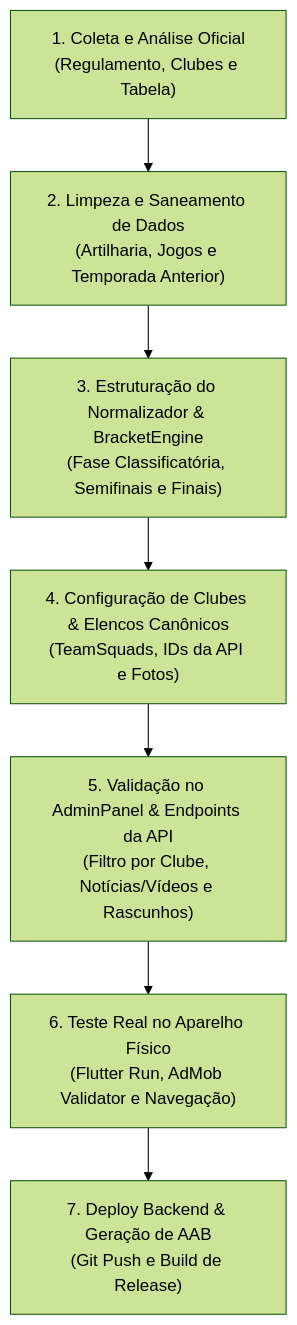
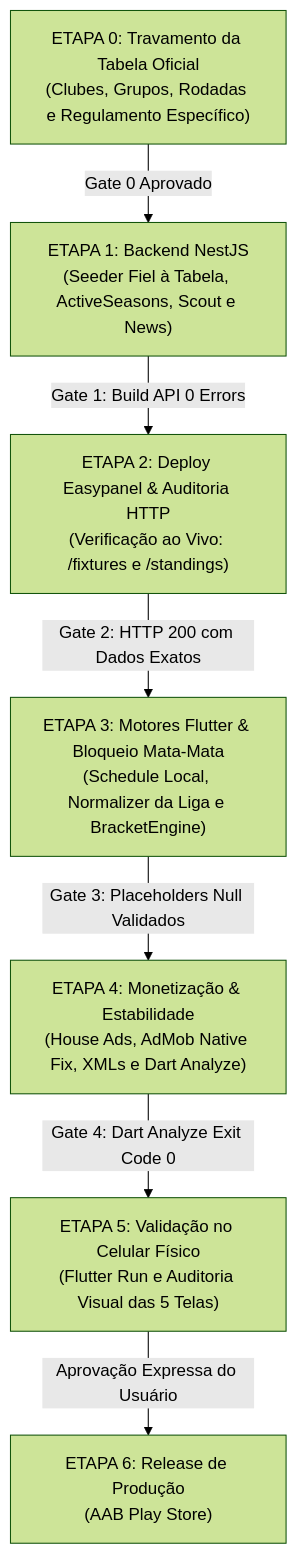
Before and after one commit to MarcilioLeiteSilva/zapscore: the diagram in relatorios/checklist_padronizacao_e_atualizacao_estaduais.md, drawn with Mermaid (forest theme). The commit also changed other lines of this file and 70 other files, not shown here.

Commit message:
fix(api): corrigir extId das fixtures do matogrossense 2027 para caber em int32

````diff
--- a/relatorios/checklist_padronizacao_e_atualizacao_estaduais.md
+++ b/relatorios/checklist_padronizacao_e_atualizacao_estaduais.md
@@ -5,9 +16,9 @@
 ```mermaid
 flowchart TD
-    A["1. Coleta e Análise Oficial<br>(Regulamento, Clubes e Tabela)"] --> B["2. Limpeza e Saneamento de Dados<br>(Artilharia, Jogos e Temporada Anterior)"]
-    B --> C["3. Estruturação do Normalizador & BracketEngine<br>(Fase Classificatória, Semifinais e Finais)"]
-    C --> D["4. Configuração de Clubes & Elencos Canônicos<br>(TeamSquads, IDs da API e Fotos)"]
-    D --> E["5. Validação no AdminPanel & Endpoints da API<br>(Filtro por Clube, Notícias/Vídeos e Rascunhos)"]
-    E --> F["6. Teste Real no Aparelho Físico<br>(Flutter Run, AdMob Validator e Navegação)"]
-    F --> G["7. Deploy Backend & Geração de AAB<br>(Git Push e Build de Release)"]
+    G0["ETAPA 0: Travamento da Tabela Oficial<br>(Clubes, Grupos, Rodadas e Regulamento Específico)"] -->|Gate 0 Aprovado| G1["ETAPA 1: Backend NestJS<br>(Seeder Fiel à Tabela, ActiveSeasons, Scout e News)"]
+    G1 -->|Gate 1: Build API 0 Errors| G2["ETAPA 2: Deploy Easypanel & Auditoria HTTP<br>(Verificação ao Vivo: /fixtures e /standings)"]
+    G2 -->|Gate 2: HTTP 200 com Dados Exatos| G3["ETAPA 3: Motores Flutter & Bloqueio Mata-Mata<br>(Schedule Local, Normalizer da Liga e BracketEngine)"]
+    G3 -->|Gate 3: Placeholders Null Validados| G4["ETAPA 4: Monetização & Estabilidade<br>(House Ads, AdMob Native Fix, XMLs e Dart Analyze)"]
+    G4 -->|Gate 4: Dart Analyze Exit Code 0| G5["ETAPA 5: Validação no Celular Físico<br>(Flutter Run e Auditoria Visual das 5 Telas)"]
+    G5 -->|Aprovação Expressa do Usuário| G6["ETAPA 6: Release de Produção<br>(AAB Play Store)"]
 ```
````
